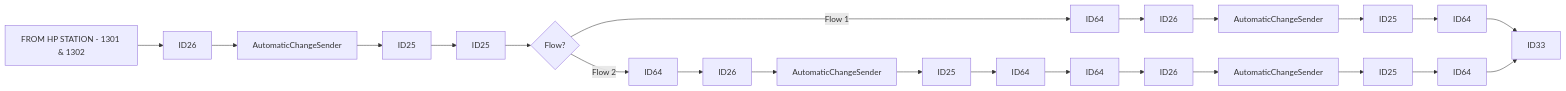
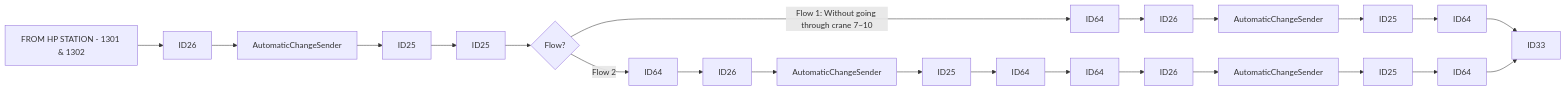
One commit to luthfiadityaa/SimeDarby-Wiki changed the first of 22 diagrams in Basic-Design/DFD-WMS/Storage/Unplanned-Storage/Unplanned-Storage-from-HP.md. Above: the diagram before and after it, drawn with Mermaid.

Commit message:
Updated Unplanned Storage from HP

```diff
--- a/Basic-Design/DFD-WMS/Storage/Unplanned-Storage/Unplanned-Storage-from-HP.md
+++ b/Basic-Design/DFD-WMS/Storage/Unplanned-Storage/Unplanned-Storage-from-HP.md
@@ -8,13 +8,13 @@
 ::: mermaid
 flowchart LR
   
 P1[FROM HP STATION - 1301 & 1302]-->P2[ID26]-->P3[AutomaticChangeSender]-->P4[ID25]-->P7[ID25]
 P7[ID25]-->Cond1{Flow?} 
-Cond1 --> |Flow 1| P8[ID64]
+Cond1 --> |Flow 1: Without going through crane 7~10| P8[ID64]
 Cond1 --> |Flow 2| P9[ID64]
 P8[ID64]-->P10[ID26]-->P11[AutomaticChangeSender]-->P12[ID25]-->P13[ID64]
 P9[ID64]-->P15[ID26]-->P16[AutomaticChangeSender]-->P17[ID25]-->P18[ID64]-->P19[ID64]-->P20[ID26]-->P21[AutomaticChangeSender]-->P22[ID25]-->P23[ID64]
 
 P13[ID64]-->P14[ID33]
 P23[ID64]-->P14[ID33]
 :::
```
